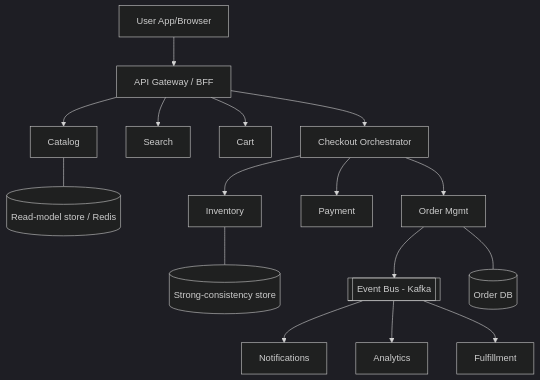
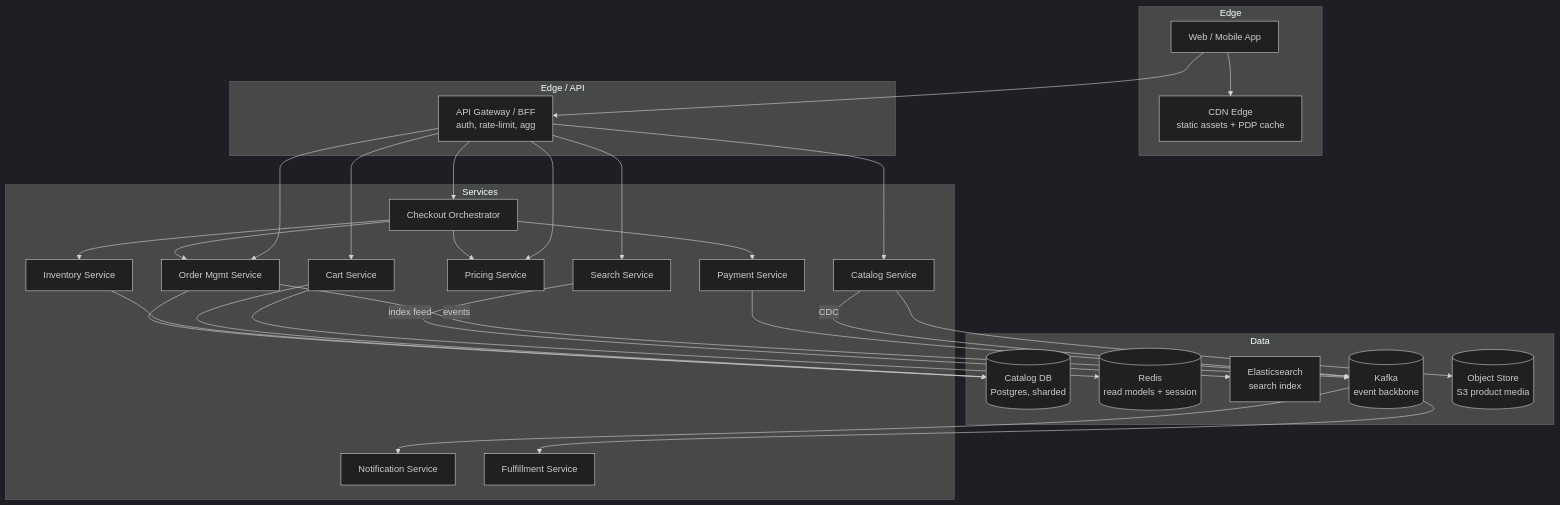
Before and after one commit to abhishekghoshh/system-design-helper: the first of 18 diagrams in docs/system-design/high-level/designing/advanced/amazon-flipkart.md, drawn with Mermaid (dark theme). The commit also changed other lines of this file and 107 other files, not shown here.

````diff
--- a/docs/system-design/high-level/designing/advanced/amazon-flipkart.md
+++ b/docs/system-design/high-level/designing/advanced/amazon-flipkart.md
@@ -155,18 +56,53 @@
 ```mermaid
-flowchart TB
-    U[User App/Browser] --> GW[API Gateway / BFF]
-    GW --> CAT[Catalog]
-    GW --> SRCH[Search]
-    GW --> CART[Cart]
-    GW --> CHK[Checkout Orchestrator]
-    CHK --> INV[Inventory]
-    CHK --> PAY[Payment]
-    CHK --> OMS[Order Mgmt]
-    OMS --> BUS[[Event Bus - Kafka]]
-    BUS --> NOTIF[Notifications]
-    BUS --> ANA[Analytics]
-    BUS --> FUL[Fulfillment]
-    CAT --- RD[(Read-model store / Redis)]
-    INV --- DBI[(Strong-consistency store)]
-    OMS --- DBO[(Order DB)]
+graph TD
+    subgraph "Edge"
+        Client[Web / Mobile App]
+        CDN[CDN Edge<br/>static assets + PDP cache]
+    end
+    subgraph "Edge / API"
+        GW[API Gateway / BFF<br/>auth, rate-limit, agg]
+    end
+    subgraph "Services"
+        CAT[Catalog Service]
+        SRCH[Search Service]
+        CART[Cart Service]
+        PRIC[Pricing Service]
+        INV[Inventory Service]
+        OMS[Order Mgmt Service]
+        PAY[Payment Service]
+        NOTIF[Notification Service]
+        FUL[Fulfillment Service]
+        CHK[Checkout Orchestrator]
+    end
+    subgraph "Data"
+        RDB[(Catalog DB<br/>Postgres, sharded)]
+        REDIS[(Redis<br/>read models + session)]
+        ES[Elasticsearch<br/>search index]
+        KAFKA[(Kafka<br/>event backbone)]
+        OBJ[(Object Store<br/>S3 product media)]
+    end
+
+    Client --> CDN
+    Client --> GW
+    GW --> CAT
+    GW --> SRCH
+    GW --> CART
+    GW --> CHK
+    GW --> PRIC
+    GW --> OMS
+    CHK --> INV
+    CHK --> PRIC
+    CHK --> OMS
+    CHK --> PAY
+    CAT -->|CDC| KAFKA
+    SRCH -->|index feed| ES
+    CART --> RDB
+    CART --> REDIS
+    INV --> RDB
+    OMS --> RDB
+    PAY --> KAFKA
+    OMS -->|events| KAFKA
+    KAFKA --> FUL
+    KAFKA --> NOTIF
+    CAT --> OBJ
 ```
````
